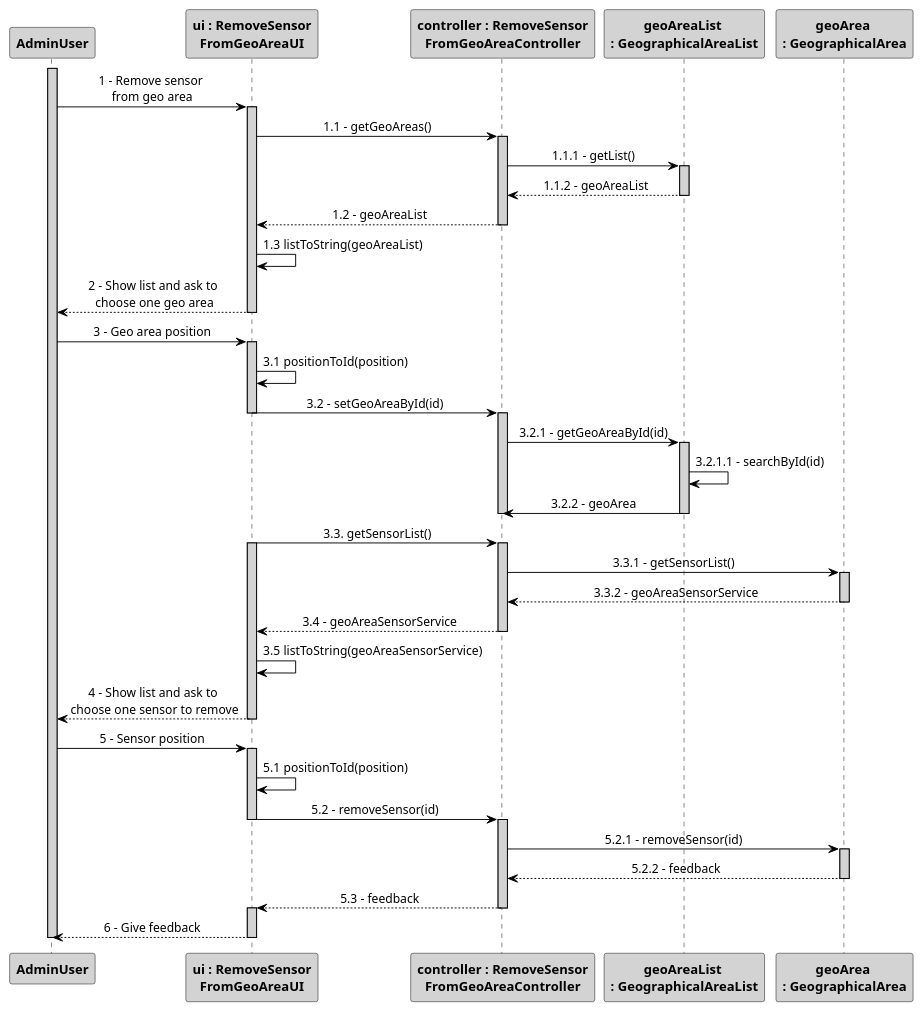
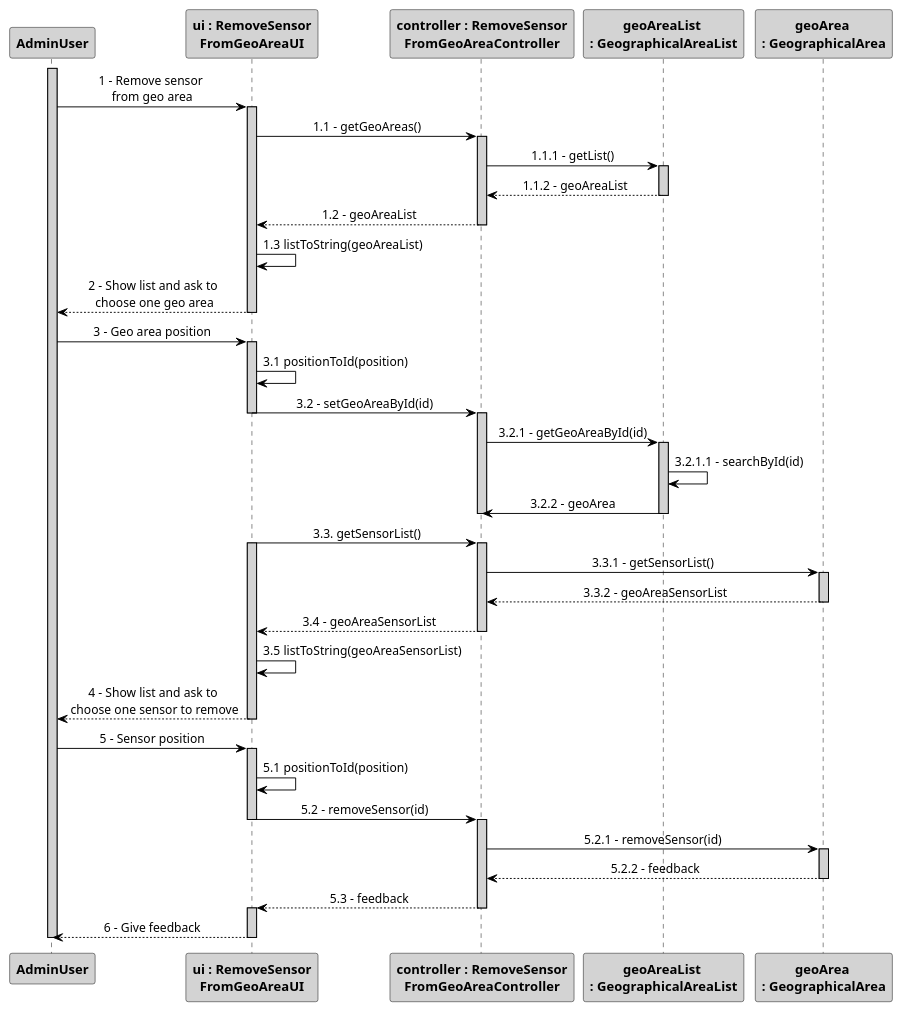
The diagram in src/main/java/pt/ipp/isep/dei/project/controllers/removesensorfromgeoareacontroller/SD_RemoveSensorFromGeoArea.puml (1181687/hateoasToy), drawn with PlantUML before and after one commit. The commit also changed 250 other files, not shown here.

```diff
--- a/src/main/java/pt/ipp/isep/dei/project/controllers/removesensorfromgeoareacontroller/SD_RemoveSensorFromGeoArea.puml
+++ b/src/main/java/pt/ipp/isep/dei/project/controllers/removesensorfromgeoareacontroller/SD_RemoveSensorFromGeoArea.puml
@@ -1,78 +1,78 @@
 @startuml
 skinparam sequenceMessageAlign center
 skinparam sequence {
 	ArrowColor Black
 	ActorBorderColor DarkBlue
 	LifeLineBorderColor black
 	LifeLineBackgroundColor LightGrey
 
 	ParticipantBorderColor Black
 	ParticipantBackgroundColor LightGrey
 	ParticipantFontStyle Bold
 
 	ActorBackgroundColor DimGrey
 	ActorFontColor DeepSkyBlue
 	ActorFontStyle Bold
 	ActorFontSize 17
 	ActorFontName Aapex
 }
 
 activate AdminUser
 actor AdminUser
 
 AdminUser -> "ui : RemoveSensor\nFromGeoAreaUI":1 - Remove sensor \nfrom geo area
 activate "ui : RemoveSensor\nFromGeoAreaUI"
 "ui : RemoveSensor\nFromGeoAreaUI" -> "controller : RemoveSensor\nFromGeoAreaController": 1.1 - getGeoAreas()
 activate "controller : RemoveSensor\nFromGeoAreaController"
 "controller : RemoveSensor\nFromGeoAreaController" -> "geoAreaList \n: GeographicalAreaList": 1.1.1 - getList()
 activate "geoAreaList \n: GeographicalAreaList"
 "geoAreaList \n: GeographicalAreaList" --> "controller : RemoveSensor\nFromGeoAreaController": 1.1.2 - geoAreaList
 deactivate "geoAreaList \n: GeographicalAreaList"
 "controller : RemoveSensor\nFromGeoAreaController" --> "ui : RemoveSensor\nFromGeoAreaUI": 1.2 - geoAreaList
 deactivate "controller : RemoveSensor\nFromGeoAreaController"
 "ui : RemoveSensor\nFromGeoAreaUI" -> "ui : RemoveSensor\nFromGeoAreaUI":  1.3 listToString(geoAreaList)
 "ui : RemoveSensor\nFromGeoAreaUI" --> AdminUser: 2 - Show list and ask to \nchoose one geo area
 deactivate "ui : RemoveSensor\nFromGeoAreaUI"
 AdminUser -> "ui : RemoveSensor\nFromGeoAreaUI": 3 - Geo area position
 activate "ui : RemoveSensor\nFromGeoAreaUI"
 "ui : RemoveSensor\nFromGeoAreaUI" -> "ui : RemoveSensor\nFromGeoAreaUI":  3.1 positionToId(position)
 "ui : RemoveSensor\nFromGeoAreaUI" -> "controller : RemoveSensor\nFromGeoAreaController": 3.2 - setGeoAreaById(id)
 deactivate "ui : RemoveSensor\nFromGeoAreaUI"
 activate "controller : RemoveSensor\nFromGeoAreaController"
 "controller : RemoveSensor\nFromGeoAreaController" -> "geoAreaList \n: GeographicalAreaList": 3.2.1 - getGeoAreaById(id)
 activate "geoAreaList \n: GeographicalAreaList"
 "geoAreaList \n: GeographicalAreaList" -> "geoAreaList \n: GeographicalAreaList": 3.2.1.1 - searchById(id)
 "geoAreaList \n: GeographicalAreaList" -> "controller : RemoveSensor\nFromGeoAreaController": 3.2.2 - geoArea
 deactivate "geoAreaList \n: GeographicalAreaList"
 deactivate "controller : RemoveSensor\nFromGeoAreaController"
 "ui : RemoveSensor\nFromGeoAreaUI" -> "controller : RemoveSensor\nFromGeoAreaController": 3.3. getSensorList()
 activate "ui : RemoveSensor\nFromGeoAreaUI"
 activate "controller : RemoveSensor\nFromGeoAreaController"
 "controller : RemoveSensor\nFromGeoAreaController" -> "geoArea \n: GeographicalArea": 3.3.1 - getSensorList()
 activate "geoArea \n: GeographicalArea"
-"geoArea \n: GeographicalArea" --> "controller : RemoveSensor\nFromGeoAreaController": 3.3.2 - geoAreaSensorService
+"geoArea \n: GeographicalArea" --> "controller : RemoveSensor\nFromGeoAreaController": 3.3.2 - geoAreaSensorList
 deactivate "geoArea \n: GeographicalArea"
-"controller : RemoveSensor\nFromGeoAreaController" --> "ui : RemoveSensor\nFromGeoAreaUI": 3.4 - geoAreaSensorService
+"controller : RemoveSensor\nFromGeoAreaController" --> "ui : RemoveSensor\nFromGeoAreaUI": 3.4 - geoAreaSensorList
 deactivate "controller : RemoveSensor\nFromGeoAreaController"
-"ui : RemoveSensor\nFromGeoAreaUI" -> "ui : RemoveSensor\nFromGeoAreaUI":  3.5 listToString(geoAreaSensorService)
+"ui : RemoveSensor\nFromGeoAreaUI" -> "ui : RemoveSensor\nFromGeoAreaUI":  3.5 listToString(geoAreaSensorList)
 "ui : RemoveSensor\nFromGeoAreaUI" --> AdminUser: 4 - Show list and ask to \nchoose one sensor to remove
 deactivate "ui : RemoveSensor\nFromGeoAreaUI"
 AdminUser -> "ui : RemoveSensor\nFromGeoAreaUI": 5 - Sensor position
 activate "ui : RemoveSensor\nFromGeoAreaUI"
 "ui : RemoveSensor\nFromGeoAreaUI" -> "ui : RemoveSensor\nFromGeoAreaUI":  5.1 positionToId(position)
 "ui : RemoveSensor\nFromGeoAreaUI" -> "controller : RemoveSensor\nFromGeoAreaController": 5.2 - removeSensor(id)
 deactivate "ui : RemoveSensor\nFromGeoAreaUI"
 activate "controller : RemoveSensor\nFromGeoAreaController"
 "controller : RemoveSensor\nFromGeoAreaController" -> "geoArea \n: GeographicalArea": 5.2.1 - removeSensor(id)
 activate "geoArea \n: GeographicalArea"
 "geoArea \n: GeographicalArea" --> "controller : RemoveSensor\nFromGeoAreaController": 5.2.2 - feedback
 deactivate "geoArea \n: GeographicalArea"
 "controller : RemoveSensor\nFromGeoAreaController" --> "ui : RemoveSensor\nFromGeoAreaUI": 5.3 - feedback
 deactivate "controller : RemoveSensor\nFromGeoAreaController"
 activate "ui : RemoveSensor\nFromGeoAreaUI"
 "ui : RemoveSensor\nFromGeoAreaUI" --> AdminUser: 6 - Give feedback
 deactivate "ui : RemoveSensor\nFromGeoAreaUI"
 
 deactivate AdminUser
 
 @enduml
```
